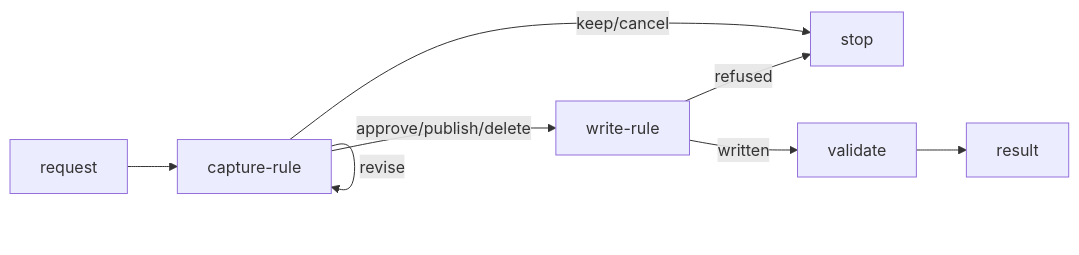
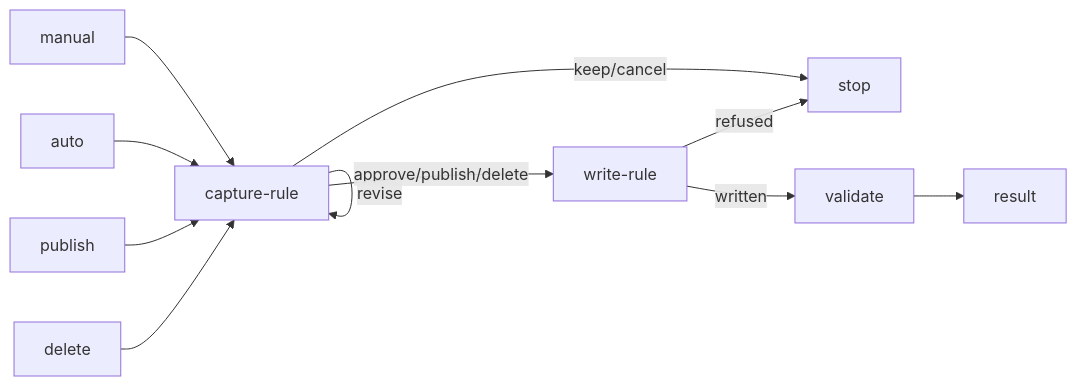
The diagram in plugins/aidd-context/skills/05-rule-generate/SKILL.md (ai-driven-dev/framework), drawn with Mermaid before and after one commit. The commit also changed other lines of this file and 4 other files, not shown here.

First line of the commit message:
fix(aidd-context): preserve rule capture contracts

````diff
--- a/plugins/aidd-context/skills/05-rule-generate/SKILL.md
+++ b/plugins/aidd-context/skills/05-rule-generate/SKILL.md
@@ -9,10 +9,10 @@
 ```mermaid
 flowchart LR
-  request --> capture-rule
+  manual & auto & publish & delete --> capture-rule
   capture-rule -->|approve/publish/delete| write-rule
   capture-rule -->|revise| capture-rule
   capture-rule -->|keep/cancel| stop
   write-rule -->|written| validate
   write-rule -->|refused| stop
   validate --> result
 ```
````
